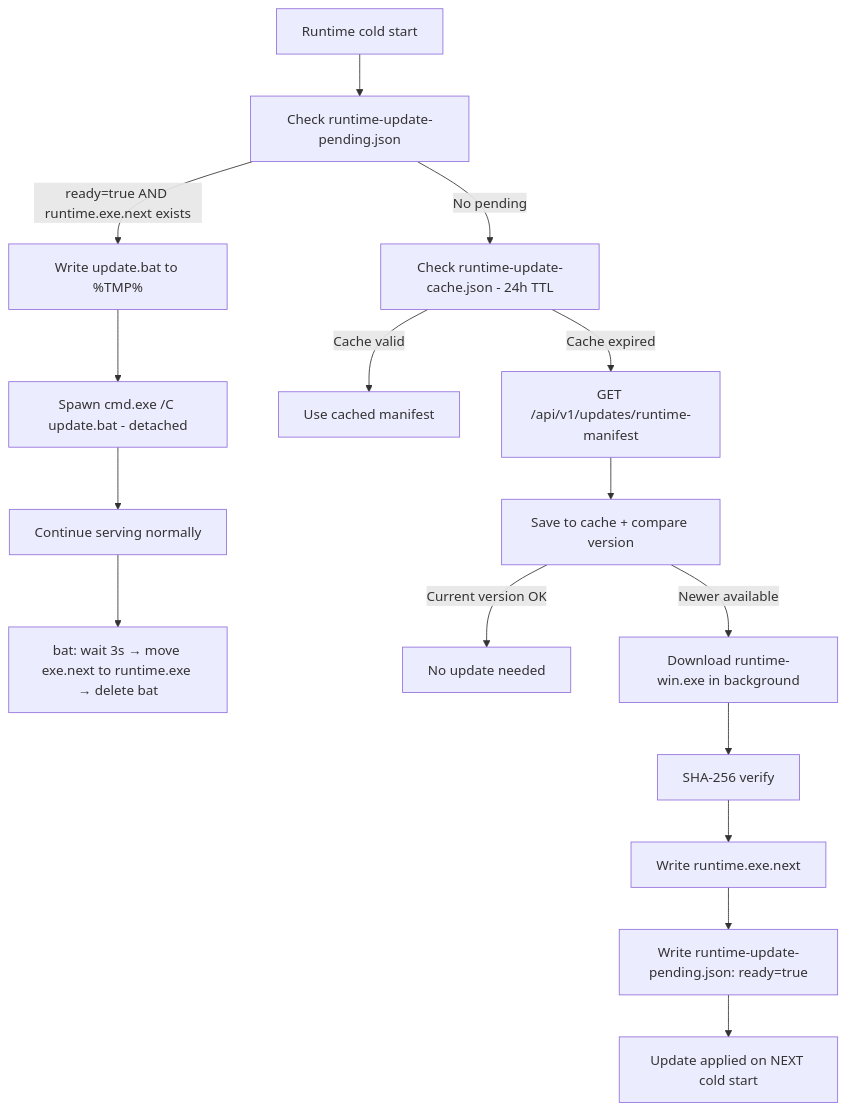
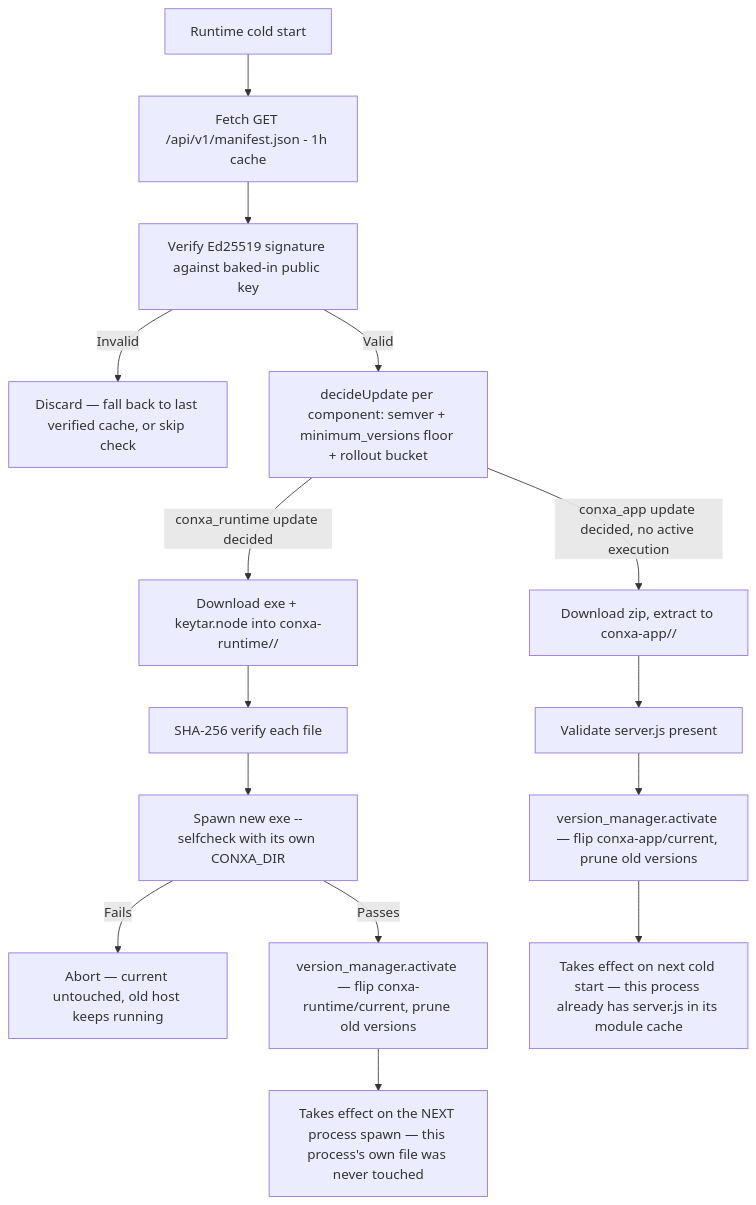
Diagram 16 of 17 in docs/App-Flow.md (Cannonbold2412/CONXA), drawn with Mermaid before and after one commit. The commit also changed other lines of this file and 4 other files, not shown here.

First line of the commit message:
docs: update TRD/Backend-Schema/App-Flow/Implementation-Plan for the new update architecture

````diff
--- a/docs/App-Flow.md
+++ b/docs/App-Flow.md
@@ -459,19 +463,19 @@
 ```mermaid
 flowchart TD
-    A[Runtime cold start] --> B[Check runtime-update-pending.json]
-    B -->|ready=true AND runtime.exe.next exists| C[Write update.bat to %TMP%]
-    C --> D[Spawn cmd.exe /C update.bat - detached]
-    D --> E[Continue serving normally]
-    E --> F[bat: wait 3s → move exe.next to runtime.exe → delete bat]
+    A[Runtime cold start] --> B[Fetch GET /api/v1/manifest.json - 1h cache]
+    B --> C[Verify Ed25519 signature against baked-in public key]
+    C -->|Invalid| D[Discard — fall back to last verified cache, or skip check]
+    C -->|Valid| E[decideUpdate per component: semver + minimum_versions floor + rollout bucket]
 
-    B -->|No pending| G[Check runtime-update-cache.json - 24h TTL]
-    G -->|Cache valid| H[Use cached manifest]
-    G -->|Cache expired| I[GET /api/v1/updates/runtime-manifest]
-    I --> J[Save to cache + compare version]
-    J -->|Current version OK| K[No update needed]
-    J -->|Newer available| L[Download runtime-win.exe in background]
-    L --> M[SHA-256 verify]
-    M --> N[Write runtime.exe.next]
-    N --> O[Write runtime-update-pending.json: ready=true]
-    O --> P[Update applied on NEXT cold start]
+    E -->|conxa_runtime update decided| F[Download exe + keytar.node into conxa-runtime/<version>/]
+    F --> G[SHA-256 verify each file]
+    G --> H[Spawn new exe --selfcheck with its own CONXA_DIR]
+    H -->|Fails| I[Abort — current untouched, old host keeps running]
+    H -->|Passes| J[version_manager.activate — flip conxa-runtime/current, prune old versions]
+    J --> K[Takes effect on the NEXT process spawn — this process's own file was never touched]
+
+    E -->|conxa_app update decided, no active execution| L[Download zip, extract to conxa-app/<version>/]
+    L --> M[Validate server.js present]
+    M --> N[version_manager.activate — flip conxa-app/current, prune old versions]
+    N --> O[Takes effect on next cold start — this process already has server.js in its module cache]
 ```
````
